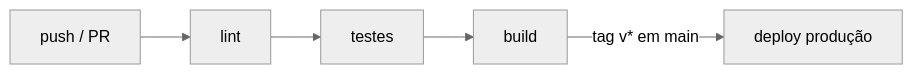
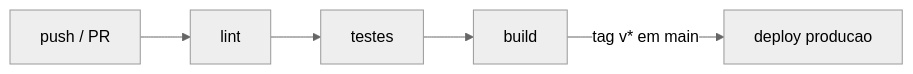
Before and after one commit to BerniloBernardo-boot/Git-e-GitHub: the diagram in 10-Seguranca-e-Boas-Praticas/01-conventional-commits-semver-cicd.md, drawn with Mermaid (neutral theme). The commit also changed other lines of this file and 27 other files, not shown here.

````diff
--- a/10-Seguranca-e-Boas-Praticas/01-conventional-commits-semver-cicd.md
+++ b/10-Seguranca-e-Boas-Praticas/01-conventional-commits-semver-cicd.md
@@ -44,7 +61,7 @@
 ```mermaid
 flowchart LR
-    P[push / PR] --> L[lint]
-    L --> T[testes]
-    T --> B[build]
-    B -->|tag v* em main| DEP[deploy produção]
+    P["push / PR"] --> L["lint"]
+    L --> T["testes"]
+    T --> B["build"]
+    B -->|tag v* em main| DEP["deploy producao"]
 ```
````
